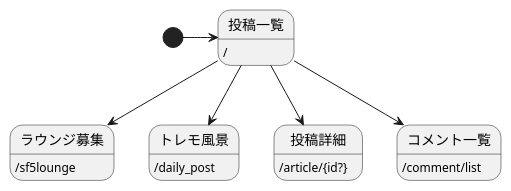
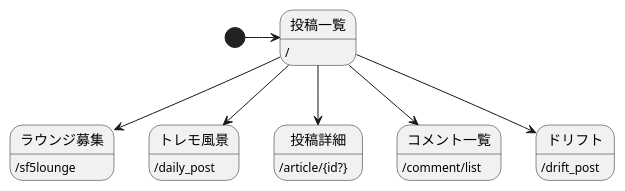
The diagram in フロント部画面遷移図.pu (hellzkustom/PlantUml), drawn with PlantUML before and after one commit.

Commit message:
GT7でやっているドリフト投稿の一覧ページの追加

```diff
--- a/フロント部画面遷移図.pu
+++ b/フロント部画面遷移図.pu
@@ -1,25 +1,26 @@
 @startuml
 
 [*] -> 投稿一覧
 
 
 
 投稿一覧 --> ラウンジ募集
 投稿一覧 --> トレモ風景
 
 投稿一覧 --> 投稿詳細
 投稿一覧 --> コメント一覧
-
+投稿一覧 --> ドリフト
 
 
 コメント一覧:/comment/list
 
 投稿一覧 : /
 
+ドリフト:/drift_post
 
 ラウンジ募集 : /sf5lounge
 トレモ風景 : /daily_post
 投稿詳細 : /article/{id?}
 
 
 @enduml
```
